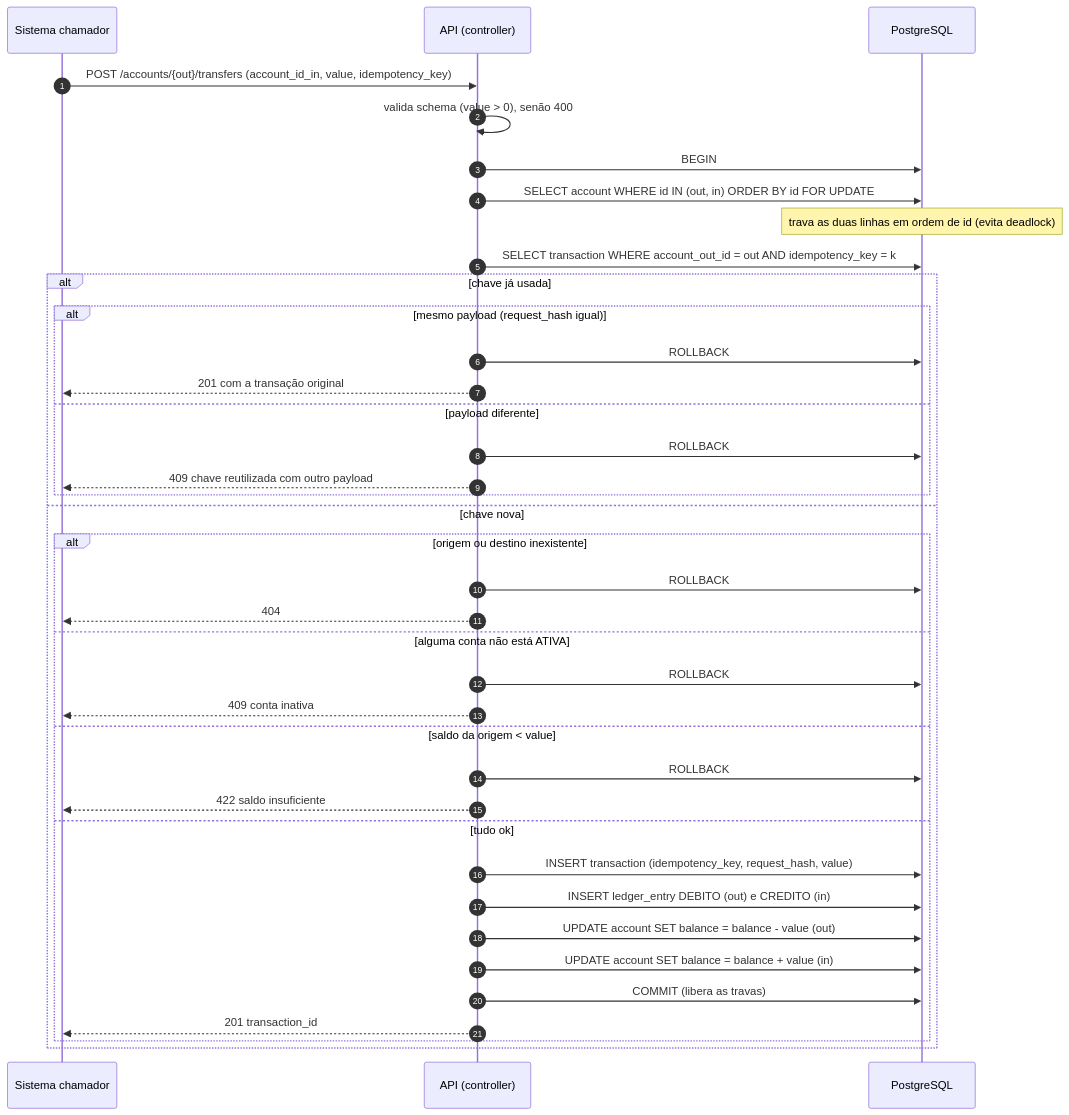
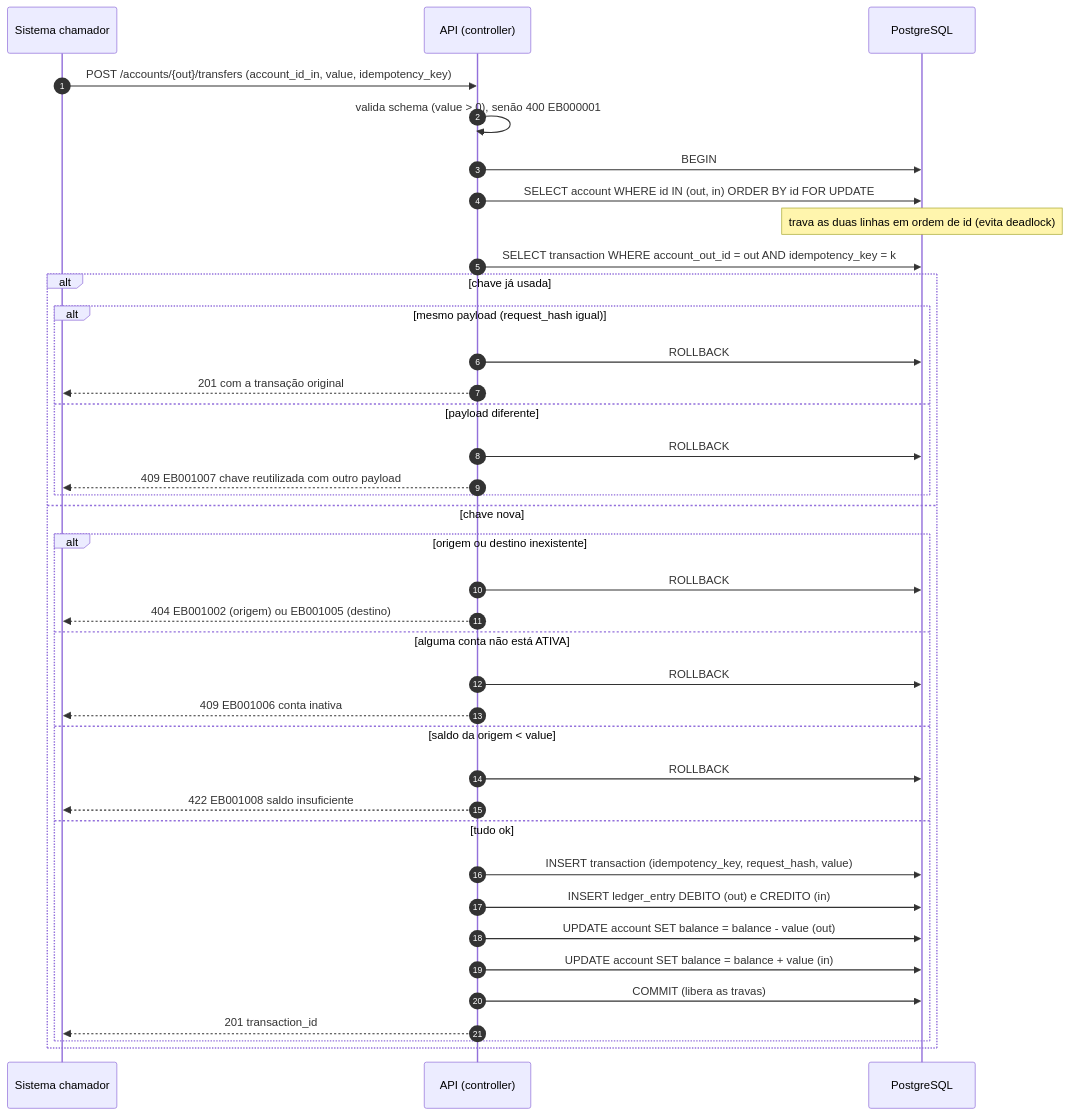
Before and after one commit to fernandobvm/bootcamp-qi-26-bankrepo: the sixth of 10 diagrams in bootcamp-rfc-modelo.md, drawn with Mermaid. The commit also changed other lines of this file and 1 other file, not shown here.

````diff
--- a/bootcamp-rfc-modelo.md
+++ b/bootcamp-rfc-modelo.md
@@ -266,41 +295,41 @@
 ```mermaid
 sequenceDiagram
     autonumber
     participant S as Sistema chamador
     participant API as API (controller)
     participant DB as PostgreSQL
 
     S->>API: POST /accounts/{out}/transfers (account_id_in, value, idempotency_key)
-    API->>API: valida schema (value > 0), senão 400
+    API->>API: valida schema (value > 0), senão 400 EB000001
     API->>DB: BEGIN
     API->>DB: SELECT account WHERE id IN (out, in) ORDER BY id FOR UPDATE
     Note over DB: trava as duas linhas em ordem de id (evita deadlock)
     API->>DB: SELECT transaction WHERE account_out_id = out AND idempotency_key = k
     alt chave já usada
         alt mesmo payload (request_hash igual)
             API->>DB: ROLLBACK
             API-->>S: 201 com a transação original
         else payload diferente
             API->>DB: ROLLBACK
-            API-->>S: 409 chave reutilizada com outro payload
+            API-->>S: 409 EB001007 chave reutilizada com outro payload
         end
     else chave nova
         alt origem ou destino inexistente
             API->>DB: ROLLBACK
-            API-->>S: 404
+            API-->>S: 404 EB001002 (origem) ou EB001005 (destino)
         else alguma conta não está ATIVA
             API->>DB: ROLLBACK
-            API-->>S: 409 conta inativa
+            API-->>S: 409 EB001006 conta inativa
         else saldo da origem < value
             API->>DB: ROLLBACK
-            API-->>S: 422 saldo insuficiente
+            API-->>S: 422 EB001008 saldo insuficiente
         else tudo ok
             API->>DB: INSERT transaction (idempotency_key, request_hash, value)
             API->>DB: INSERT ledger_entry DEBITO (out) e CREDITO (in)
             API->>DB: UPDATE account SET balance = balance - value (out)
             API->>DB: UPDATE account SET balance = balance + value (in)
             API->>DB: COMMIT (libera as travas)
             API-->>S: 201 transaction_id
         end
     end
 ```
````
